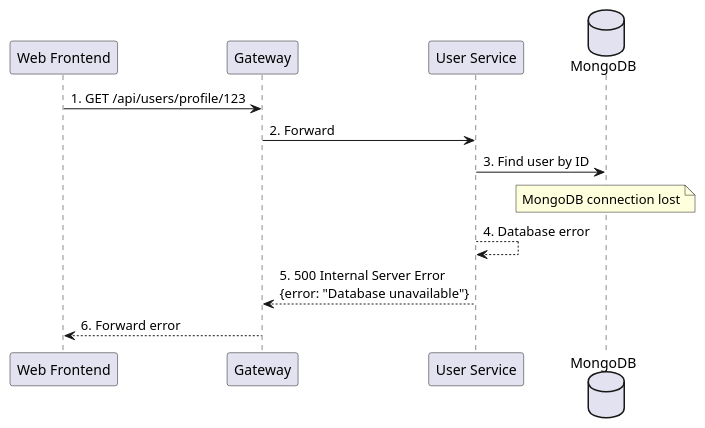
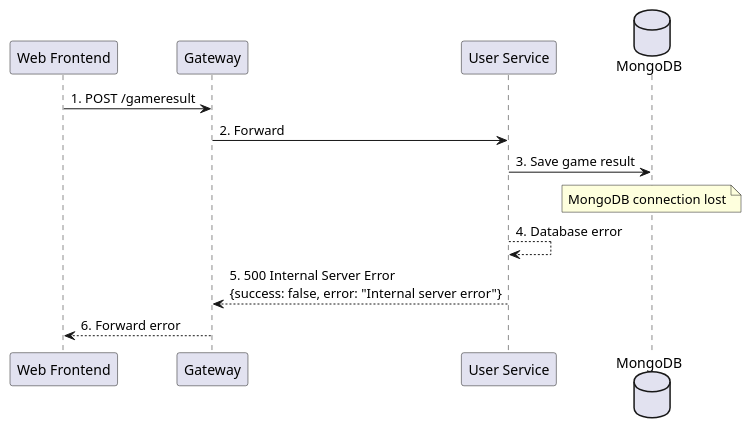
The sixth of 7 diagrams in docs/src/06_runtime_view.adoc (Arquisoft/yovi_en2c), drawn with PlantUML before and after one commit. The commit also changed other lines of this file, not shown here.

Commit message:
Rewrite Scenario 1 to include the Authentication Service as an intermediate participant between gateway and users service. Add Scenario 4.4 for expired/invalid JWT token handling and correct game result route to /gameresult.

```diff
--- a/docs/src/06_runtime_view.adoc
+++ b/docs/src/06_runtime_view.adoc
@@ -343,21 +297,20 @@
 [plantuml,"Database Down",png]
 ----
 @startuml
 participant "Web Frontend" as Webapp
 participant "Gateway" as Gateway
 participant "User Service" as Users
 database "MongoDB" as DB
 
-Webapp -> Gateway: 1. GET /api/users/profile/123
+Webapp -> Gateway: 1. POST /gameresult
 Gateway -> Users: 2. Forward
 
-Users -> DB: 3. Find user by ID
+Users -> DB: 3. Save game result
 note over DB: MongoDB connection lost
 
 Users --> Users: 4. Database error
-Users --> Gateway: 5. 500 Internal Server Error\n{error: "Database unavailable"}
+Users --> Gateway: 5. 500 Internal Server Error\n{success: false, error: "Internal server error"}
 Gateway --> Webapp: 6. Forward error
-
 
 @enduml
 ----
```
